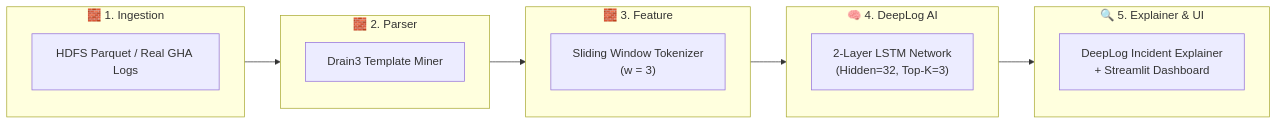
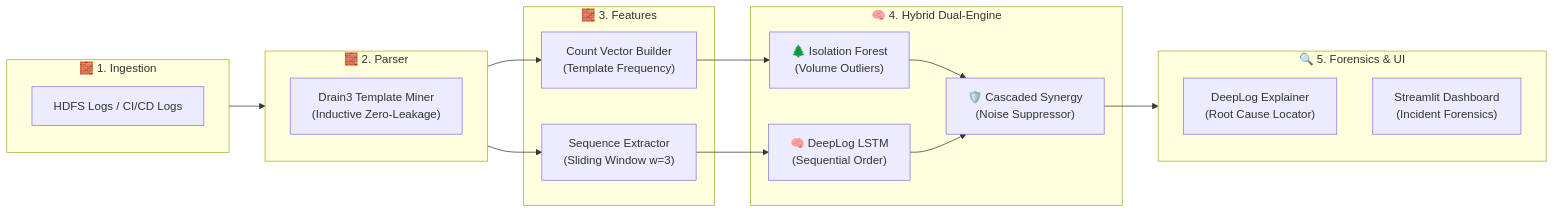
Before and after one commit to kora-ora/LogWatchdog: the diagram in README.md, drawn with Mermaid. The commit also changed other lines of this file and 8 other files, not shown here.

Commit message:
docs: update README, roadmap, and system architecture to reflect Hybrid Dual-Engine and 100% completion

````diff
--- a/README.md
+++ b/README.md
@@ -23,24 +26,33 @@
 ```mermaid
 flowchart LR
     subgraph Brick1["🧱 1. Ingestion"]
-        L1["HDFS Parquet / Real GHA Logs"]
+        L1["HDFS Logs / CI/CD Logs"]
     end
 
     subgraph Brick2["🧱 2. Parser"]
-        P1["Drain3 Template Miner"]
+        P1["Drain3 Template Miner<br/>(Inductive Zero-Leakage)"]
     end
 
-    subgraph Brick3["🧱 3. Feature"]
-        F1["Sliding Window Tokenizer<br/>(w = 3)"]
+    subgraph Brick3["🧱 3. Features"]
+        F1["Count Vector Builder<br/>(Template Frequency)"]
+        F2["Sequence Extractor<br/>(Sliding Window w=3)"]
     end
 
-    subgraph Brick4["🧠 4. DeepLog AI"]
-        M1["2-Layer LSTM Network<br/>(Hidden=32, Top-K=3)"]
+    subgraph Brick4["🧠 4. Hybrid Dual-Engine"]
+        M1["🌲 Isolation Forest<br/>(Volume Outliers)"]
+        M2["🧠 DeepLog LSTM<br/>(Sequential Order)"]
+        H1["🛡️ Cascaded Synergy<br/>(Noise Suppressor)"]
+        M1 --> H1
+        M2 --> H1
     end
 
-    subgraph Brick5["🔍 5. Explainer & UI"]
-        E1["DeepLog Incident Explainer<br/>+ Streamlit Dashboard"]
+    subgraph Brick5["🔍 5. Forensics & UI"]
+        E1["DeepLog Explainer<br/>(Root Cause Locator)"]
+        UI1["Streamlit Dashboard<br/>(Incident Forensics)"]
     end
 
-    Brick1 --> Brick2 --> Brick3 --> Brick4 --> Brick5
+    Brick1 --> Brick2
+    Brick2 --> F1 --> M1
+    Brick2 --> F2 --> M2
+    H1 --> Brick5
 ```
````
